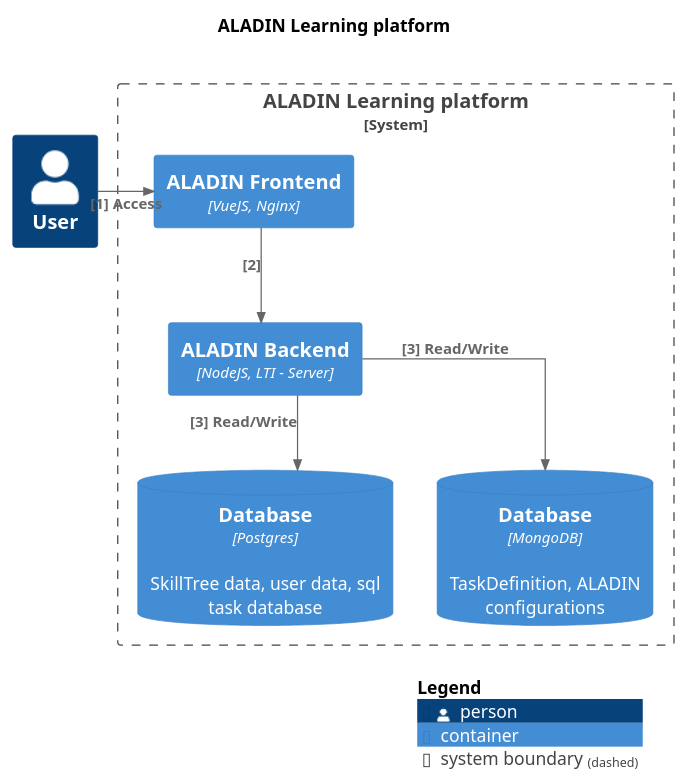
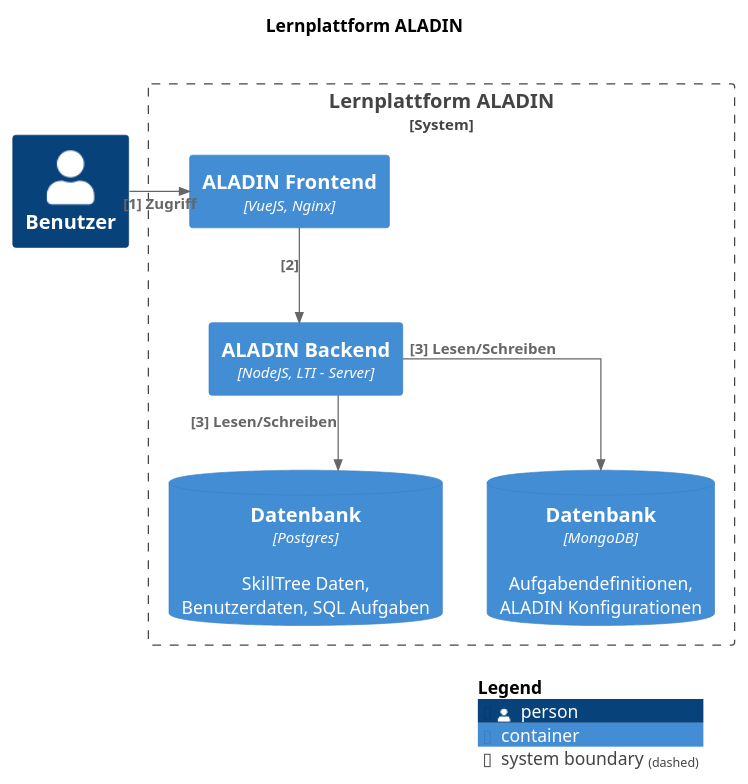
Before and after one commit to a-schulz/aladin_GAMIFY: the diagram in diagrams/achitecture_before.puml, drawn with PlantUML. The commit also changed 3 other files, not shown here.

Commit message:
translated graphics

```diff
--- a/diagrams/achitecture_before.puml
+++ b/diagrams/achitecture_before.puml
@@ -1,31 +1,31 @@
 @startuml architecture_before
 !include https://raw.githubusercontent.com/plantuml-stdlib/C4-PlantUML/master/C4_Container.puml
 'skinparam linetype polyline
 skinparam linetype ortho
 
 ' Diagram title
-title ALADIN Learning platform\n
+title Lernplattform ALADIN\n
 
 AddRelTag("authentification", $textColor="orange", $lineColor="orange", $lineStyle = DashedLine())
 AddElementTag("gamification", $bgColor="#444444")
 ' Diagram syntax
-Person(person, "User")
+Person(person, "Benutzer")
 
 ' Diagram syntax
-System_Boundary(aladin, "ALADIN Learning platform") {
+System_Boundary(aladin, "Lernplattform ALADIN") {
     Container(aladin_backend, "ALADIN Backend", "NodeJS, LTI - Server")
     Container(aladin_frontend, "ALADIN Frontend", "VueJS, Nginx")
-    ContainerDb(dbpg, "Database", "Postgres", "SkillTree data, user data, sql task database")
-    ContainerDb(dbmongo, "Database", "MongoDB", "TaskDefinition, ALADIN configurations")
+    ContainerDb(dbpg, "Datenbank", "Postgres", "SkillTree Daten, Benutzerdaten, SQL Aufgaben")
+    ContainerDb(dbmongo, "Datenbank", "MongoDB", "Aufgabendefinitionen, ALADIN Konfigurationen")
 }
 
-Rel_R(person, aladin_frontend, "[1] Access")
+Rel_R(person, aladin_frontend, "[1] Zugriff")
 Rel(aladin_frontend, aladin_backend, "[2]")
-Rel(aladin_backend, dbmongo, "[3] Read/Write")
-Rel(aladin_backend, dbpg, "[3] Read/Write")
+Rel(aladin_backend, dbmongo, "[3] Lesen/Schreiben")
+Rel(aladin_backend, dbpg, "[3] Lesen/Schreiben")
 Lay_L(dbpg, aladin_backend)
 ' Use complete legend
 LAYOUT_WITH_LEGEND()
 ' calculated legend, only show used items
 SHOW_LEGEND()
 @enduml
```
